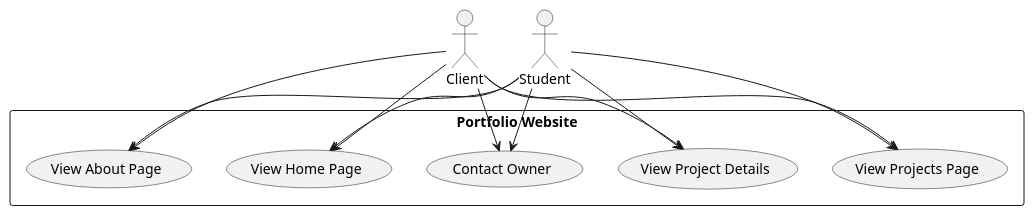
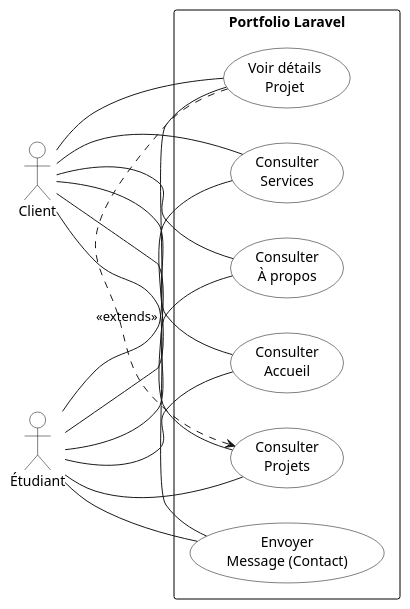
One commit to amine-mohamed77/Portfolio-laravel changed the diagram in diagram.puml. Above: the diagram before and after it, drawn with PlantUML.

Commit message:
change code

```diff
--- a/diagram.puml
+++ b/diagram.puml
@@ -1,24 +1,45 @@
 @startuml
-actor "Client" as C
-actor "Student" as S
-
-rectangle "Portfolio Website" {
-    usecase "View Home Page" as UC1
-    usecase "View About Page" as UC2
-    usecase "View Projects Page" as UC3
-    usecase "View Project Details" as UC4
-    usecase "Contact Owner" as UC5
+left to right direction
+skinparam packageStyle rectangle
+skinparam usecase {
+  BackgroundColor White
+  BorderColor Black
+}
+skinparam actor {
+  BackgroundColor White
+  BorderColor Black
+}
+skinparam rectangle {
+  BorderColor Black
 }
 
-C --> UC1
-C --> UC2
-C --> UC3
-C --> UC4
-C --> UC5
+actor "Client" as C
+actor "Étudiant" as S
 
-S --> UC1
-S --> UC2
-S --> UC3
-S --> UC4
-S --> UC5
+rectangle "Portfolio Laravel" {
+  usecase "Consulter\nAccueil" as UC1
+  usecase "Consulter\nÀ propos" as UC2
+  usecase "Consulter\nProjets" as UC3
+  usecase "Voir détails\nProjet" as UC4
+  usecase "Consulter\nServices" as UC5
+  usecase "Envoyer\nMessage (Contact)" as UC6
+}
+
+C -- UC1
+C -- UC2
+C -- UC3
+C -- UC4
+C -- UC5
+C -- UC6
+
+S -- UC1
+S -- UC2
+S -- UC3
+S -- UC4
+S -- UC5
+S -- UC6
+
+' Relation de dépendance (optionnelle)
+UC4 .> UC3 : <<extends>>
+
 @enduml
```
